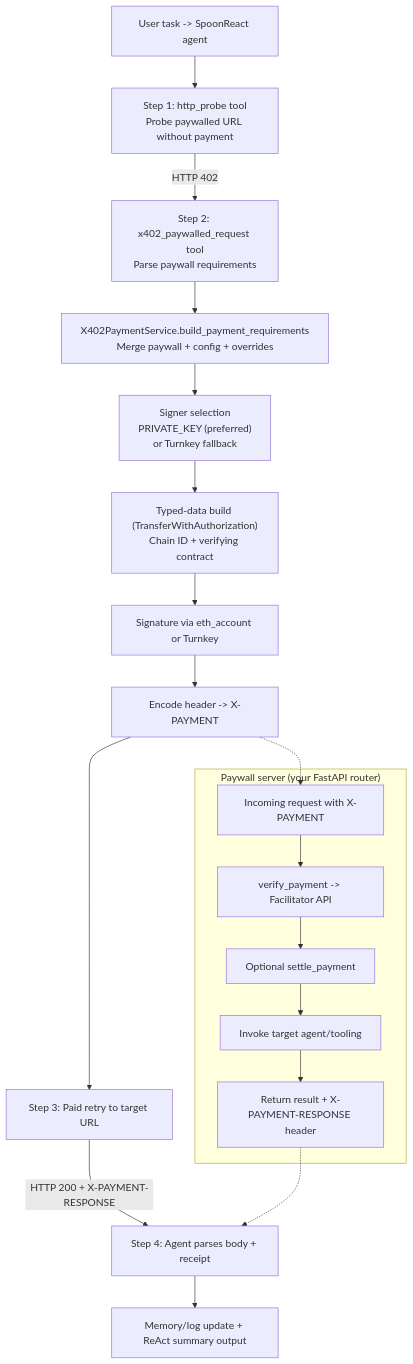
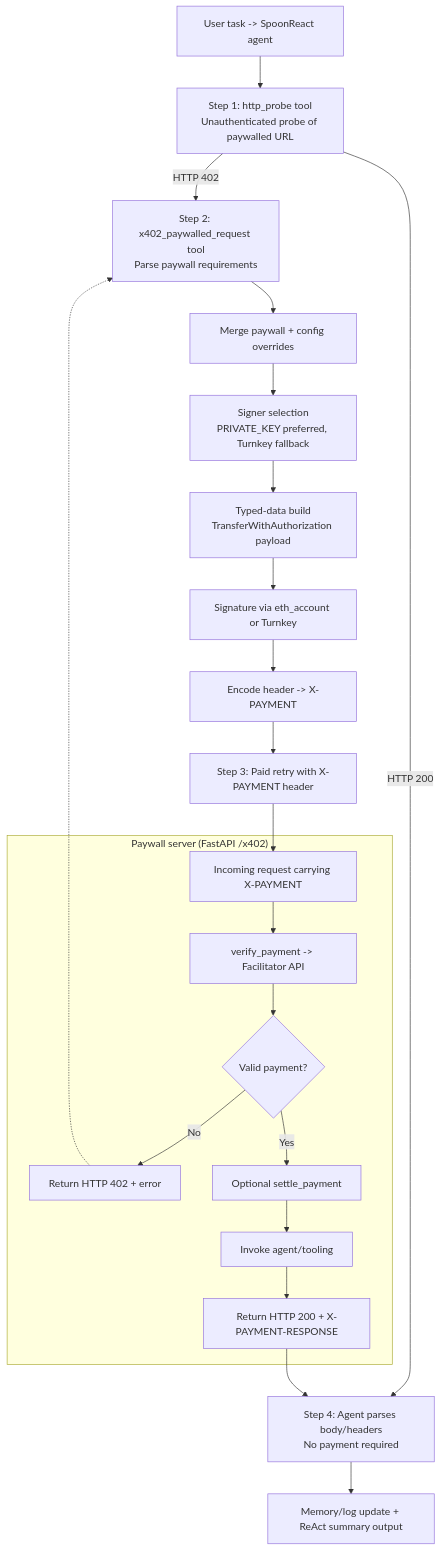
Before and after one commit to XSpoonAi/xspoonai.github.io: the diagram in docs/core-concepts/x402-payments.md, drawn with Mermaid. The commit also changed other lines of this file and 1 other file, not shown here.

Commit message:
docs: enhance x402 payments documentation with clearer flowchart descriptions and error handling details; update configuration import path

````diff
--- a/docs/core-concepts/x402-payments.md
+++ b/docs/core-concepts/x402-payments.md
@@ -38,23 +38,26 @@
 ```mermaid
 flowchart TD
-    A[User task -> SpoonReact agent] --> B[Step 1: http_probe tool<br/>Probe paywalled URL without payment]
+    A[User task -> SpoonReact agent] --> B[Step 1: http_probe tool<br/>Unauthenticated probe of paywalled URL]
+    B -->|HTTP 200| J[Step 4: Agent parses body/headers<br/>No payment required]
     B -->|HTTP 402| C[Step 2: x402_paywalled_request tool<br/>Parse paywall requirements]
-    C --> D[X402PaymentService.build_payment_requirements<br/>Merge paywall + config + overrides]
-    D --> E["Signer selection<br/>PRIVATE_KEY (preferred)<br/>or Turnkey fallback"]
-    E --> F["Typed-data build (TransferWithAuthorization)<br/>Chain ID + verifying contract"]
+    C --> D[Merge paywall + config overrides]
+    D --> E[Signer selection<br/>PRIVATE_KEY preferred, Turnkey fallback]
+    E --> F[Typed-data build<br/>TransferWithAuthorization payload]
     F --> G[Signature via eth_account or Turnkey]
     G --> H[Encode header -> X-PAYMENT]
-    H --> I[Step 3: Paid retry to target URL]
-    I -->|HTTP 200 + X-PAYMENT-RESPONSE| J[Step 4: Agent parses body + receipt]
-    J --> K[Memory/log update + ReAct summary output]
+    H --> I[Step 3: Paid retry with X-PAYMENT header]
+    I --> P1
 
-    subgraph "Paywall server (your FastAPI router)"
-        P1[Incoming request with X-PAYMENT] --> P2[verify_payment -> Facilitator API]
-        P2 --> P3[Optional settle_payment]
-        P3 --> P4[Invoke target agent/tooling]
-        P4 --> P5[Return result + X-PAYMENT-RESPONSE header]
+    subgraph "Paywall server (FastAPI /x402)"
+        P1[Incoming request carrying X-PAYMENT] --> P2[verify_payment -> Facilitator API]
+        P2 --> P3{Valid payment?}
+        P3 -- No --> P4[Return HTTP 402 + error]
+        P3 -- Yes --> P5[Optional settle_payment]
+        P5 --> P6[Invoke agent/tooling]
+        P6 --> P7[Return HTTP 200 + X-PAYMENT-RESPONSE]
     end
 
-    H -.-> P1
-    P5 -.-> J
+    P4 -.-> C
+    P7 --> J
+    J --> K[Memory/log update + ReAct summary output]
 ```
````
